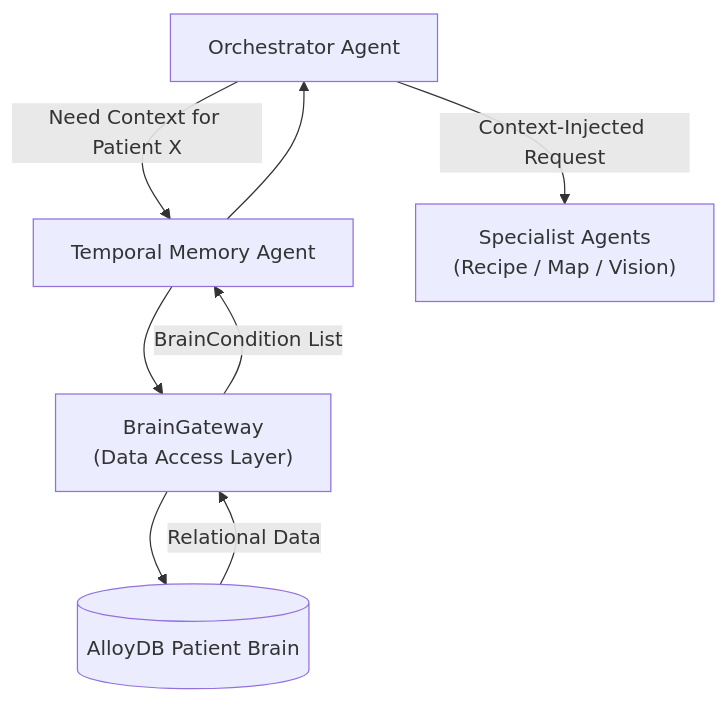
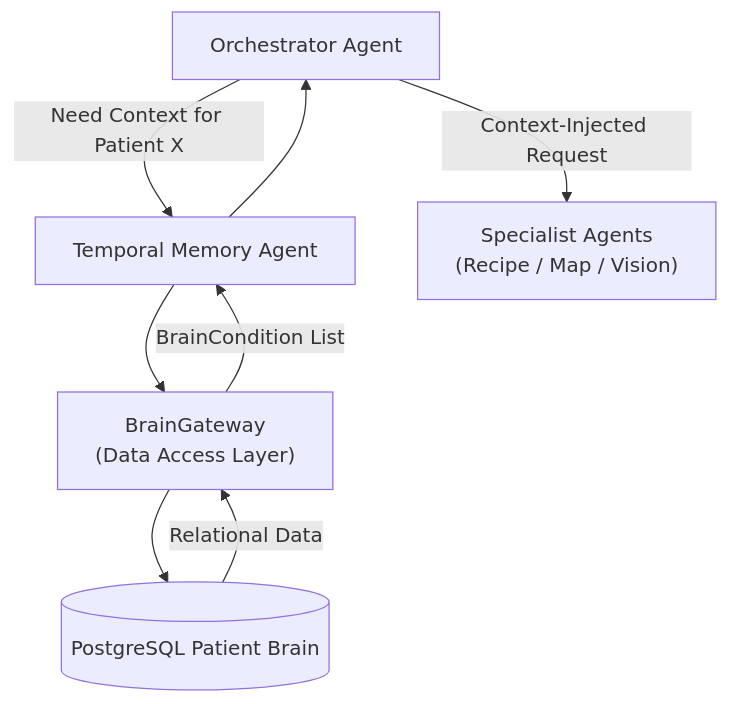
Before and after one commit to shreeshbhat04-ctrl/NEXUS-AI-: the diagram in docs/Agent_Digrams/temporal_memory_agent.md, drawn with Mermaid. The commit also changed other lines of this file and 134 other files, not shown here.

````diff
--- a/docs/Agent_Digrams/temporal_memory_agent.md
+++ b/docs/Agent_Digrams/temporal_memory_agent.md
@@ -16,12 +16,12 @@
 ```mermaid
 graph TD
     OA["Orchestrator Agent"] -->|"Need Context for Patient X"| TM["Temporal Memory Agent"]
     TM --> BG["BrainGateway<br/>(Data Access Layer)"]
-    BG --> DB[("AlloyDB Patient Brain")]
+    BG --> DB[("PostgreSQL Patient Brain")]
     
     DB -->|"Relational Data"| BG
     BG -->|"BrainCondition List"| TM
     TM --> OA
     
     OA -->|"Context-Injected Request"| SA["Specialist Agents<br/>(Recipe / Map / Vision)"]
 ```
````
